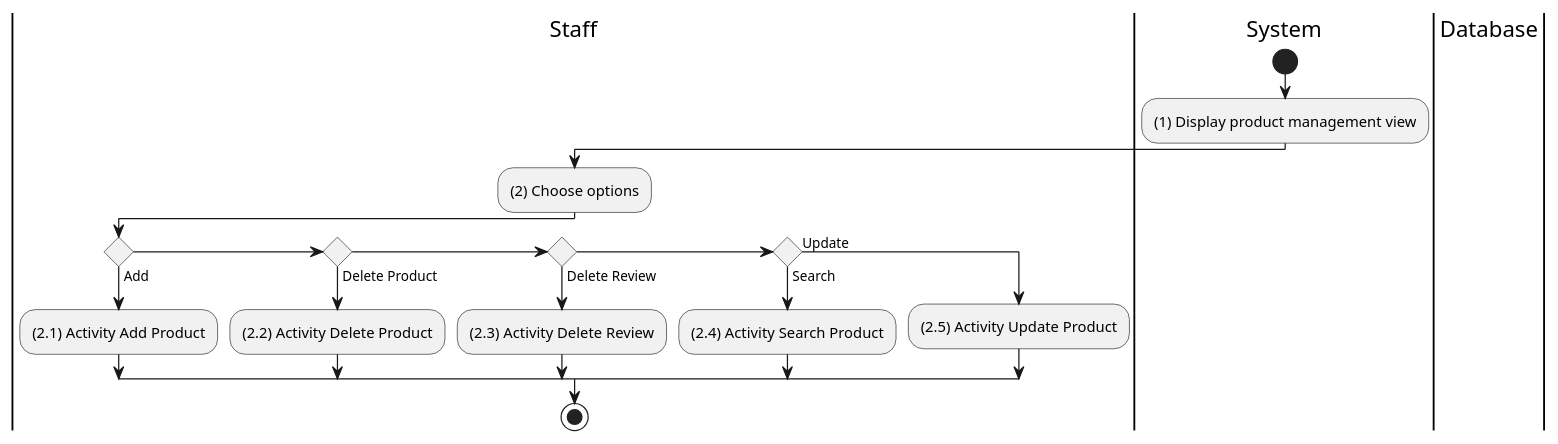
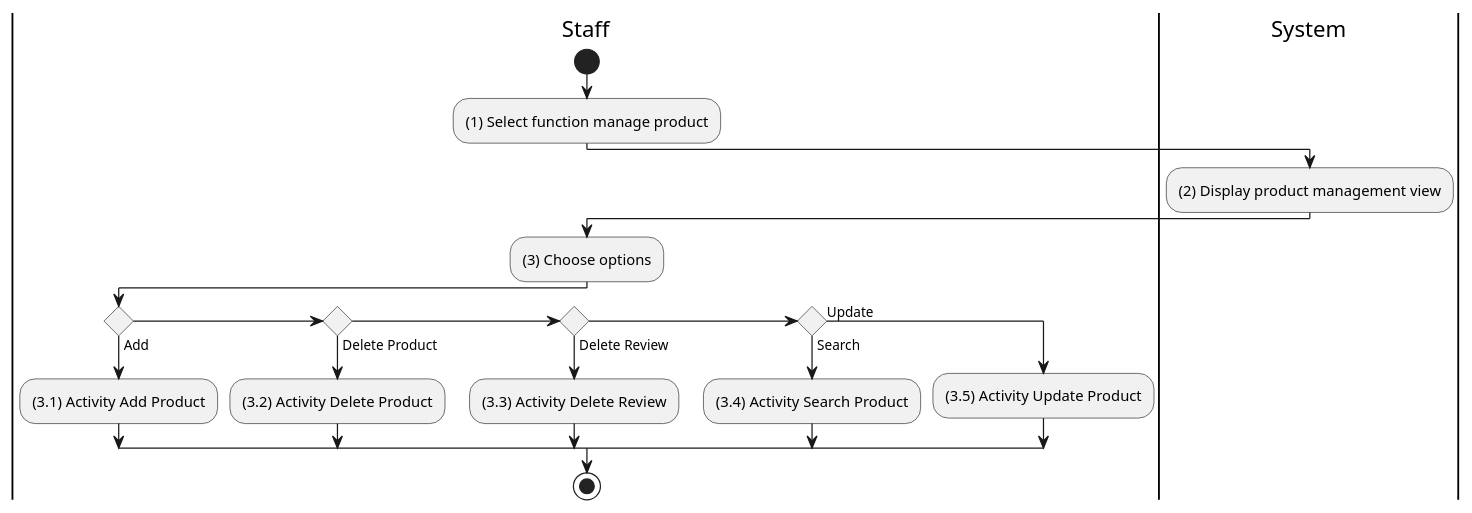
One commit to electricilies/electricilies.github.io changed the diagram in docs/software-docs/activity/manage-product/manage-product.md. Above: the diagram before and after it, drawn with PlantUML. The commit also changed 47 other files, not shown here.

````diff
--- a/docs/software-docs/activity/manage-product/manage-product.md
+++ b/docs/software-docs/activity/manage-product/manage-product.md
@@ -3,27 +3,27 @@
 ```plantuml
 @startuml
 |St|Staff
 |S|System
-|D|Database
-
-|S|
-start
-:(1) Display product management view;
 
 |St|
-:(2) Choose options;
+start
+:(1) Select function manage product;
+|S|
+:(2) Display product management view;
+|St|
+:(3) Choose options;
 if () then (Add)
-  :(2.1) Activity Add Product;
+  :(3.1) Activity Add Product;
 elseif () then (Delete Product)
-  :(2.2) Activity Delete Product;
+  :(3.2) Activity Delete Product;
 elseif () then (Delete Review)
-  :(2.3) Activity Delete Review;
+  :(3.3) Activity Delete Review;
 elseif () then (Search)
-  :(2.4) Activity Search Product;
+  :(3.4) Activity Search Product;
 else (Update)
-  :(2.5) Activity Update Product;
+  :(3.5) Activity Update Product;
 endif
-
+|St|
 stop
 @enduml
 ```
````
